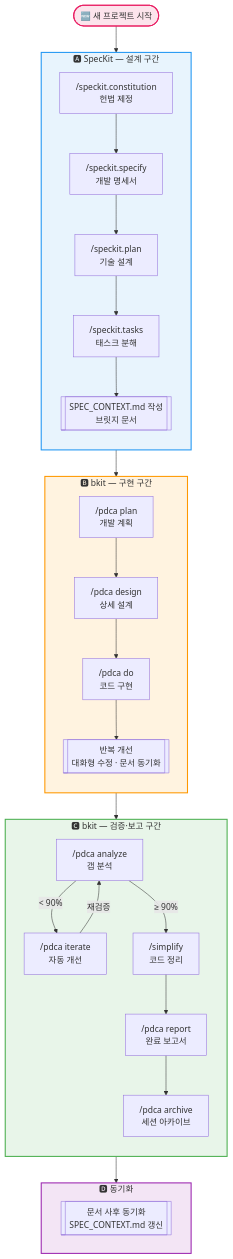
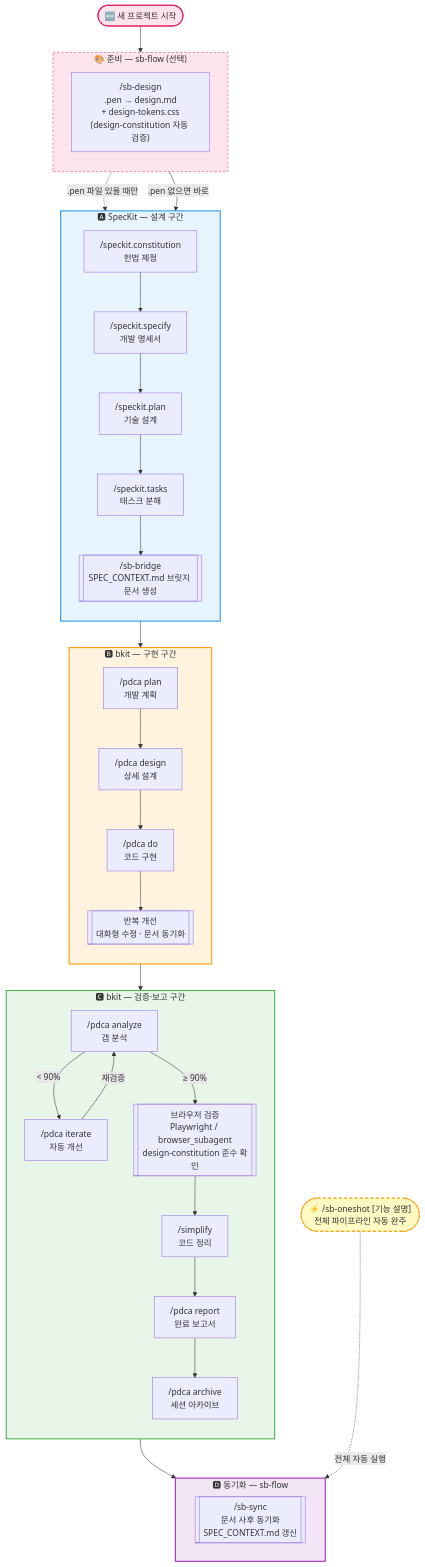
The diagram in guides/SPECKIT_BKIT_WORKFLOW.md (Andy-yeongjin/sb-flow), drawn with Mermaid before and after one commit. The commit also changed other lines of this file and 21 other files, not shown here.

````diff
--- a/guides/SPECKIT_BKIT_WORKFLOW.md
+++ b/guides/SPECKIT_BKIT_WORKFLOW.md
@@ -114,51 +117,64 @@
 ```mermaid
 flowchart TD
     START(["🆕 새 프로젝트 시작"])
+    ONESHOT(["⚡ /sb-oneshot [기능 설명]<br/>전체 파이프라인 자동 완주"])
+
+    subgraph P["🎨 준비 — sb-flow (선택)"]
+        direction TB
+        SD["/sb-design<br/>.pen → design.md<br/>+ design-tokens.css<br/>(design-constitution 자동 검증)"]
+    end
 
     subgraph A["🅰 SpecKit — 설계 구간"]
         direction TB
         S1["/speckit.constitution<br/>헌법 제정"]
         S2["/speckit.specify<br/>개발 명세서"]
         S3["/speckit.plan<br/>기술 설계"]
         S4["/speckit.tasks<br/>태스크 분해"]
-        S75[["SPEC_CONTEXT.md 작성<br/>브릿지 문서"]]
+        S75[["/sb-bridge<br/>SPEC_CONTEXT.md 브릿지 문서 생성"]]
         S1 --> S2 --> S3 --> S4 --> S75
     end
 
     subgraph B["🅱 bkit — 구현 구간"]
         direction TB
         S8["/pdca plan<br/>개발 계획"]
         S9["/pdca design<br/>상세 설계"]
         S10["/pdca do<br/>코드 구현"]
         S105[["반복 개선<br/>대화형 수정 · 문서 동기화"]]
         S8 --> S9 --> S10 --> S105
     end
 
     subgraph C["🅲 bkit — 검증·보고 구간"]
         direction TB
         S12["/pdca analyze<br/>갭 분석"]
         S13["/pdca iterate<br/>자동 개선"]
+        S14[["브라우저 검증<br/>Playwright / browser_subagent<br/>design-constitution 준수 확인"]]
         S15["/simplify<br/>코드 정리"]
         S16["/pdca report<br/>완료 보고서"]
         S165["/pdca archive<br/>세션 아카이브"]
         S12 -->|"< 90%"| S13
         S13 -->|"재검증"| S12
-        S12 -->|"≥ 90%"| S15
-        S15 --> S16 --> S165
+        S12 -->|"≥ 90%"| S14
+        S14 --> S15 --> S16 --> S165
     end
 
-    subgraph D["🅳 동기화"]
-        S17[["문서 사후 동기화<br/>SPEC_CONTEXT.md 갱신"]]
+    subgraph D["🅳 동기화 — sb-flow"]
+        S17[["/sb-sync<br/>문서 사후 동기화<br/>SPEC_CONTEXT.md 갱신"]]
     end
 
-    START --> A
+    START --> P
+    P -.->|".pen 파일 있을 때만"| A
+    P -->|".pen 없으면 바로"| A
     A --> B
     B --> C
     C --> D
 
+    ONESHOT -.->|"전체 자동 실행"| D
+
     style START fill:#fce4ec,stroke:#E91E63,stroke-width:2px
+    style ONESHOT fill:#fff9c4,stroke:#F9A825,stroke-width:2px,stroke-dasharray:5 5
+    style P fill:#fce4ec,stroke:#E91E63,stroke-width:1px,stroke-dasharray:4 4
     style A fill:#e8f4fd,stroke:#2196F3,stroke-width:2px
     style B fill:#fff3e0,stroke:#FF9800,stroke-width:2px
     style C fill:#e8f5e9,stroke:#4CAF50,stroke-width:2px
     style D fill:#f3e5f5,stroke:#9C27B0,stroke-width:2px
 ```
````
